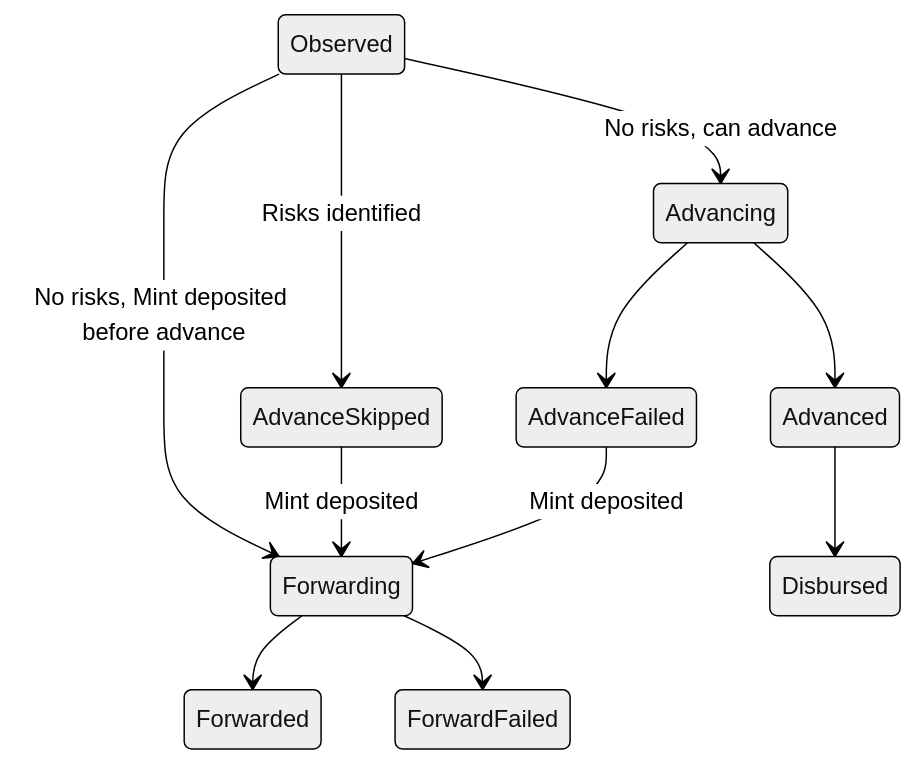
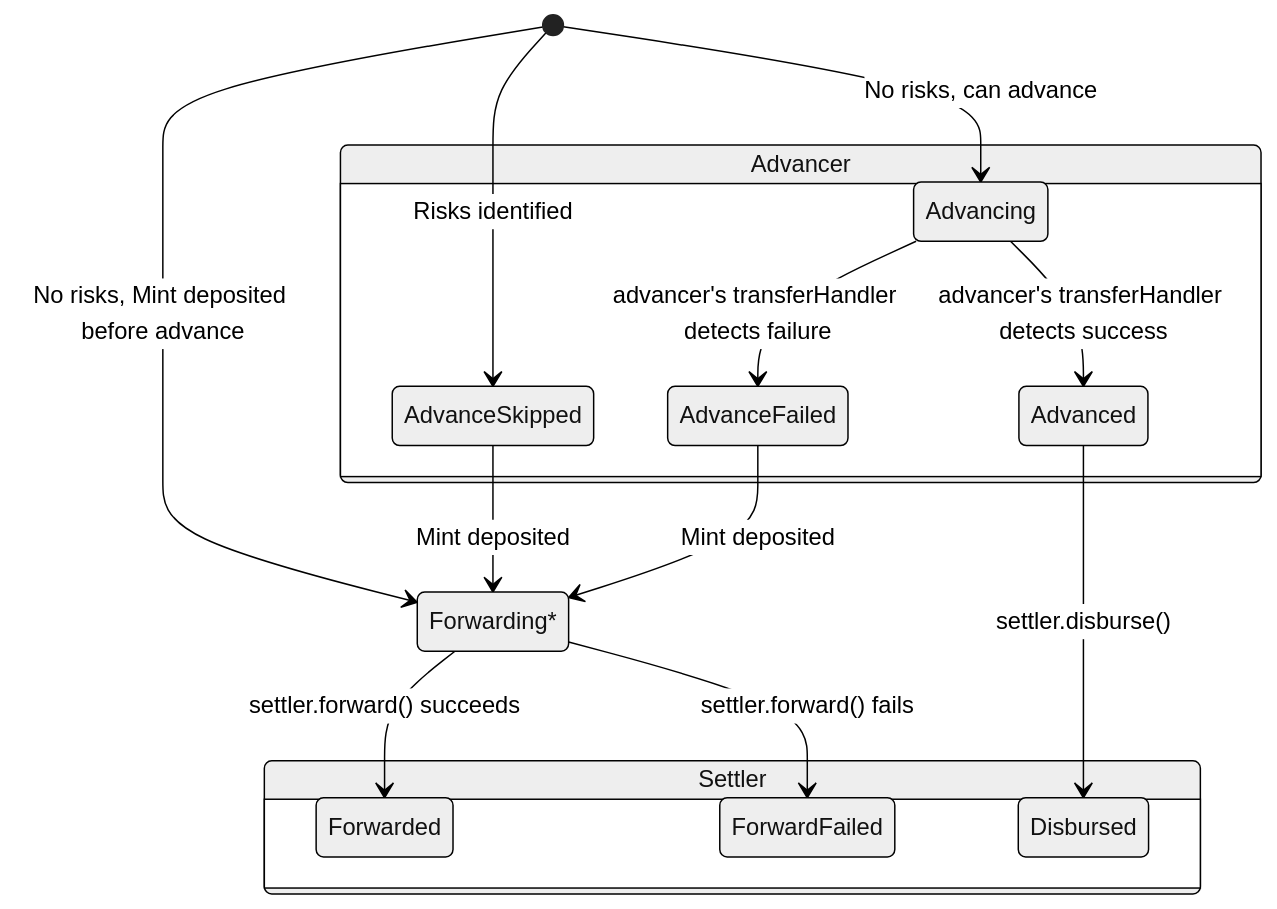
The third of 3 diagrams in packages/fast-usdc/README.md (Agoric/agoric-sdk), drawn with Mermaid (neutral theme) before and after one commit. The commit also changed other lines of this file and 5 other files, not shown here.

````diff
--- a/packages/fast-usdc/README.md
+++ b/packages/fast-usdc/README.md
@@ -89,13 +80,26 @@
 ```mermaid
 stateDiagram-v2
-  Observed --> AdvanceSkipped : Risks identified
-  Observed --> Advancing : No risks, can advance
-  Observed --> Forwarding : No risks, Mint deposited before advance
-  Forwarding --> Forwarded
-  Advancing --> Advanced
-  Advanced --> Disbursed
-  AdvanceSkipped --> Forwarding : Mint deposited
-  AdvanceFailed --> Forwarding : Mint deposited
-  Advancing --> AdvanceFailed
-  Forwarding --> ForwardFailed
-```
+  [*] --> AdvanceSkipped : Risks identified
+  [*] --> Advancing : No risks, can advance
+  [*] --> Forwarding* : No risks, Mint deposited before advance
+
+  state Advancer  {
+    Advanced
+    AdvanceFailed
+    AdvanceSkipped
+    Advancing
+  }
+  state Settler {
+    Forwarded
+    ForwardFailed
+    Disbursed
+  }
+
+  Forwarding* --> Forwarded : settler.forward() succeeds
+  Advancing --> Advanced : advancer's transferHandler detects success
+  Advanced --> Disbursed : settler.disburse()
+  AdvanceSkipped --> Forwarding* : Mint deposited
+  AdvanceFailed --> Forwarding* : Mint deposited
+  Advancing --> AdvanceFailed : advancer's transferHandler detects failure
+  Forwarding* --> ForwardFailed : settler.forward() fails
+ ```
````
